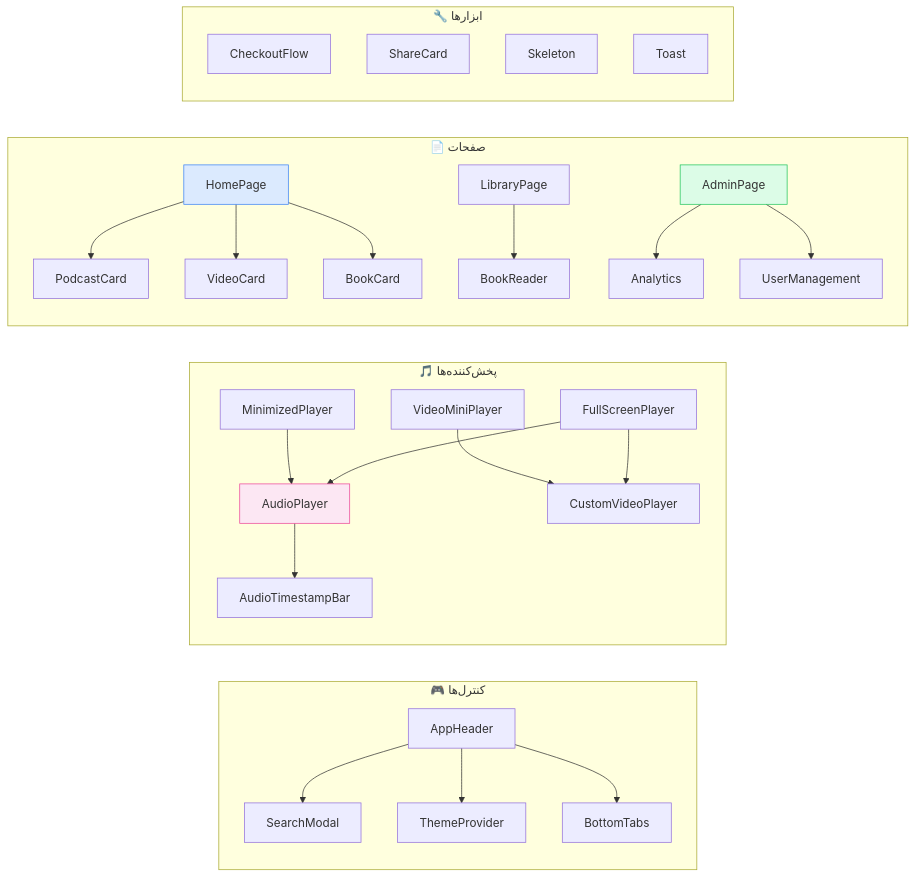
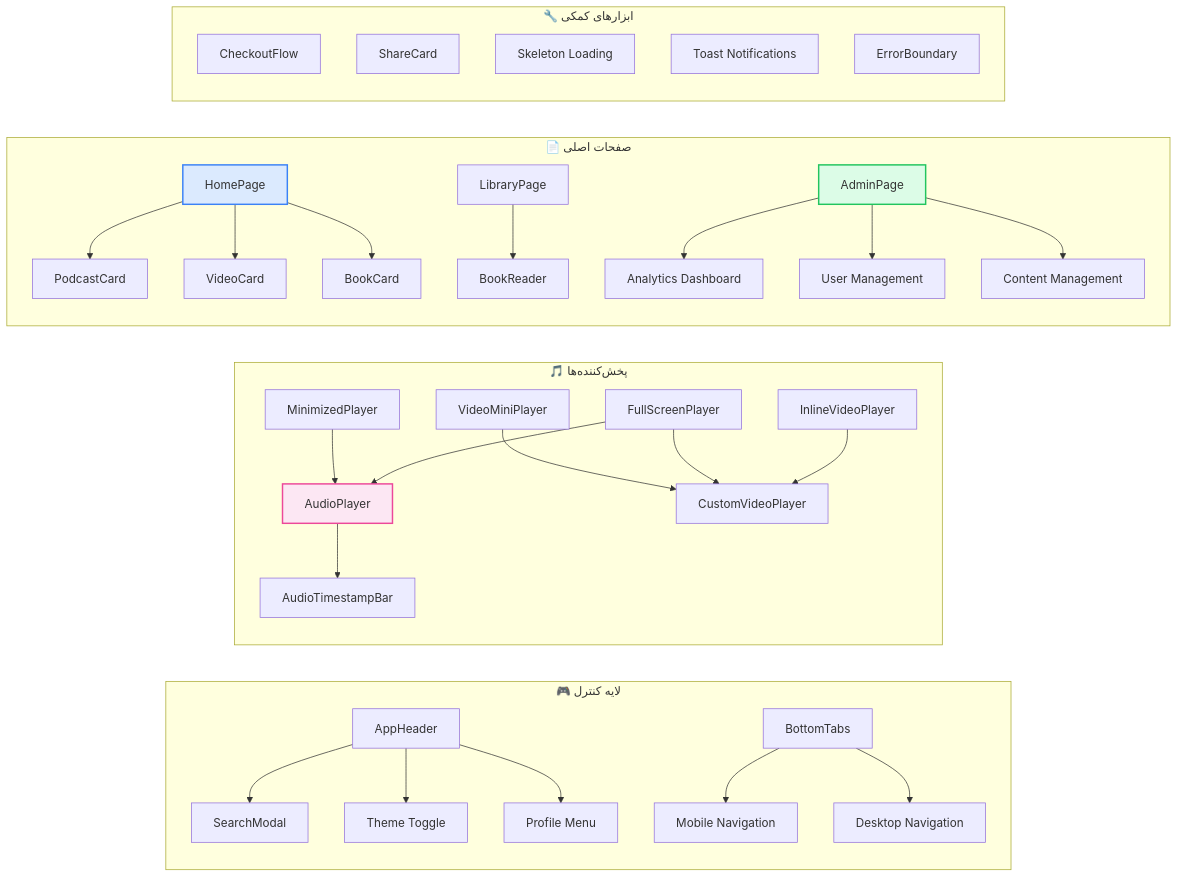
Before and after one commit to emadch82/MAHFEL: the third of 10 diagrams in README.md, drawn with Mermaid. The commit also changed other lines of this file, not shown here.

````diff
--- a/README.md
+++ b/README.md
@@ -157,36 +173,41 @@
 ```mermaid
 graph LR
-    subgraph "🎮 کنترل‌ها"
+    subgraph "🎮 لایه کنترل"
         A[AppHeader] --> B[SearchModal]
-        A --> C[ThemeProvider]
-        A --> D[BottomTabs]
+        A --> C[Theme Toggle]
+        A --> D[Profile Menu]
+        E[BottomTabs] --> F[Mobile Navigation]
+        E --> G[Desktop Navigation]
     end
 
     subgraph "🎵 پخش‌کننده‌ها"
-        E[AudioPlayer] --> F[AudioTimestampBar]
-        G[MinimizedPlayer] --> E
-        H[VideoMiniPlayer] --> I[CustomVideoPlayer]
-        J[FullScreenPlayer] --> E
-        J --> I
+        H[AudioPlayer] --> I[AudioTimestampBar]
+        J[MinimizedPlayer] --> H
+        K[VideoMiniPlayer] --> L[CustomVideoPlayer]
+        M[FullScreenPlayer] --> H
+        M --> L
+        N[InlineVideoPlayer] --> L
     end
 
-    subgraph "📄 صفحات"
-        K[HomePage] --> L[PodcastCard]
-        K --> M[VideoCard]
-        K --> N[BookCard]
-        O[LibraryPage] --> P[BookReader]
-        Q[AdminPage] --> R[Analytics]
-        Q --> S[UserManagement]
+    subgraph "📄 صفحات اصلی"
+        O[HomePage] --> P[PodcastCard]
+        O --> Q[VideoCard]
+        O --> R[BookCard]
+        S[LibraryPage] --> T[BookReader]
+        U[AdminPage] --> V[Analytics Dashboard]
+        U --> W[User Management]
+        U --> X[Content Management]
     end
 
-    subgraph "🔧 ابزارها"
-        T[CheckoutFlow]
-        U[ShareCard]
-        V[Skeleton]
-        W[Toast]
+    subgraph "🔧 ابزارهای کمکی"
+        Y[CheckoutFlow]
+        Z[ShareCard]
+        AA[Skeleton Loading]
+        AB[Toast Notifications]
+        AC[ErrorBoundary]
     end
 
-    style K fill:#dbeafe,stroke:#3b82f6
-    style E fill:#fce7f3,stroke:#ec4899
-    style Q fill:#dcfce7,stroke:#22c55e
+    style O fill:#dbeafe,stroke:#3b82f6,stroke-width:2px
+    style H fill:#fce7f3,stroke:#ec4899,stroke-width:2px
+    style U fill:#dcfce7,stroke:#22c55e,stroke-width:2px
 ```
````
